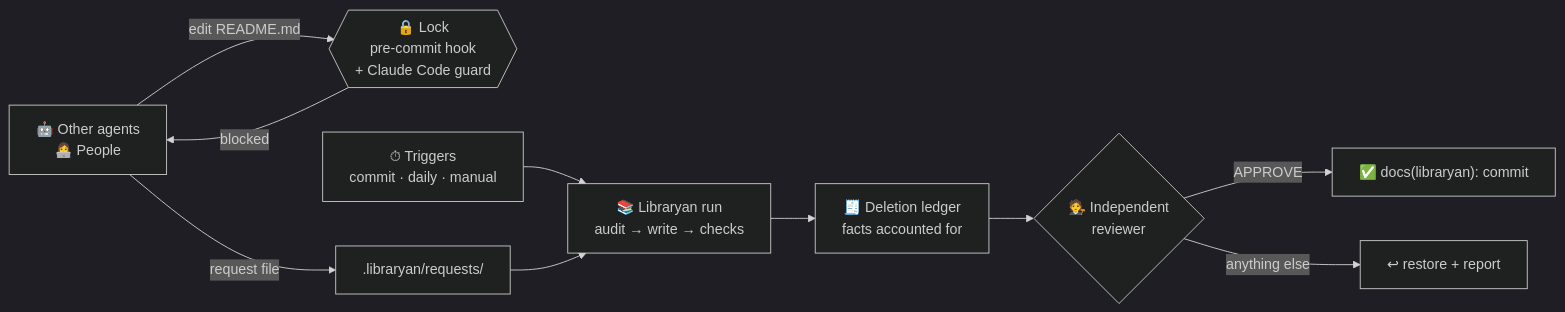
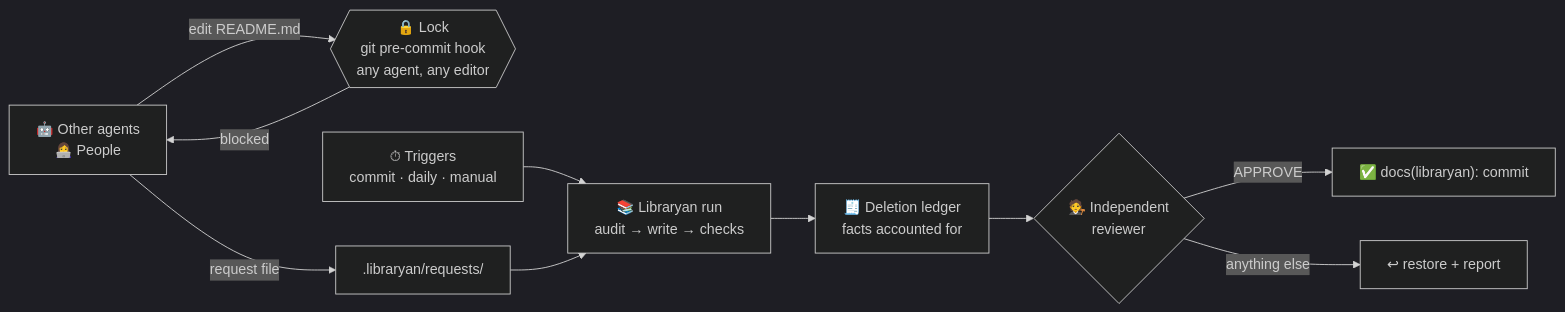
One commit to narek-mn/libraryan changed the diagram in README.md. Above: the diagram before and after it, drawn with Mermaid (dark theme). The commit also changed other lines of this file and 6 other files, not shown here.

Commit message:
docs: vendor-neutral positioning; the Claude Code runner is stated once, as a current limit

````diff
--- a/README.md
+++ b/README.md
@@ -87,12 +87,12 @@
 ```mermaid
 flowchart LR
-    A["🤖 Other agents<br/>👩‍💻 People"] -- "edit README.md" --> L{{"🔒 Lock<br/>pre-commit hook<br/>+ Claude Code guard"}}
+    A["🤖 Other agents<br/>👩‍💻 People"] -- "edit README.md" --> L{{"🔒 Lock<br/>git pre-commit hook<br/>any agent, any editor"}}
     L -- blocked --> A
     A -- "request file" --> Q[".libraryan/requests/"]
     T["⏱ Triggers<br/>commit · daily · manual"] --> R
     Q --> R["📚 Libraryan run<br/>audit → write → checks"]
     R --> G["🧾 Deletion ledger<br/>facts accounted for"]
     G --> V{"🧑‍⚖️ Independent<br/>reviewer"}
     V -- APPROVE --> C["✅ docs(libraryan): commit"]
     V -- anything else --> X["↩ restore + report"]
 ```
````
